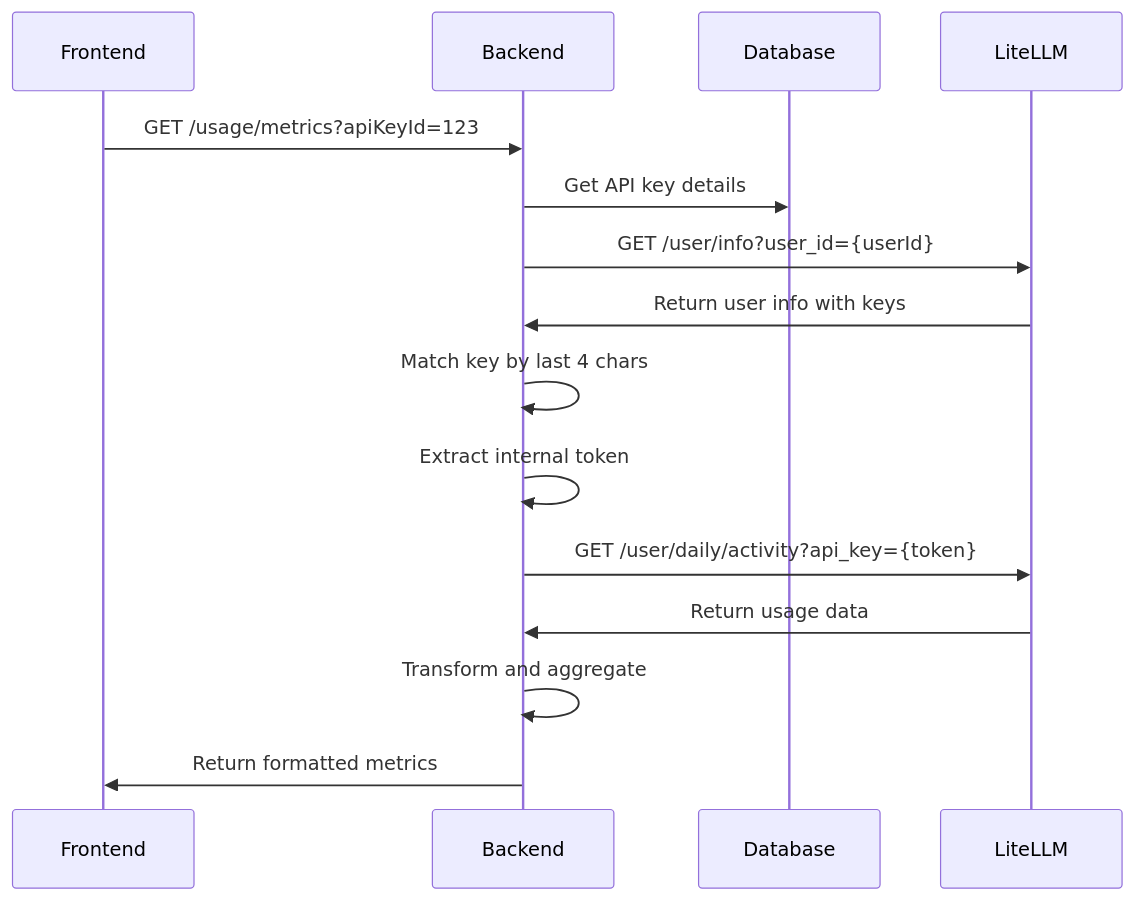
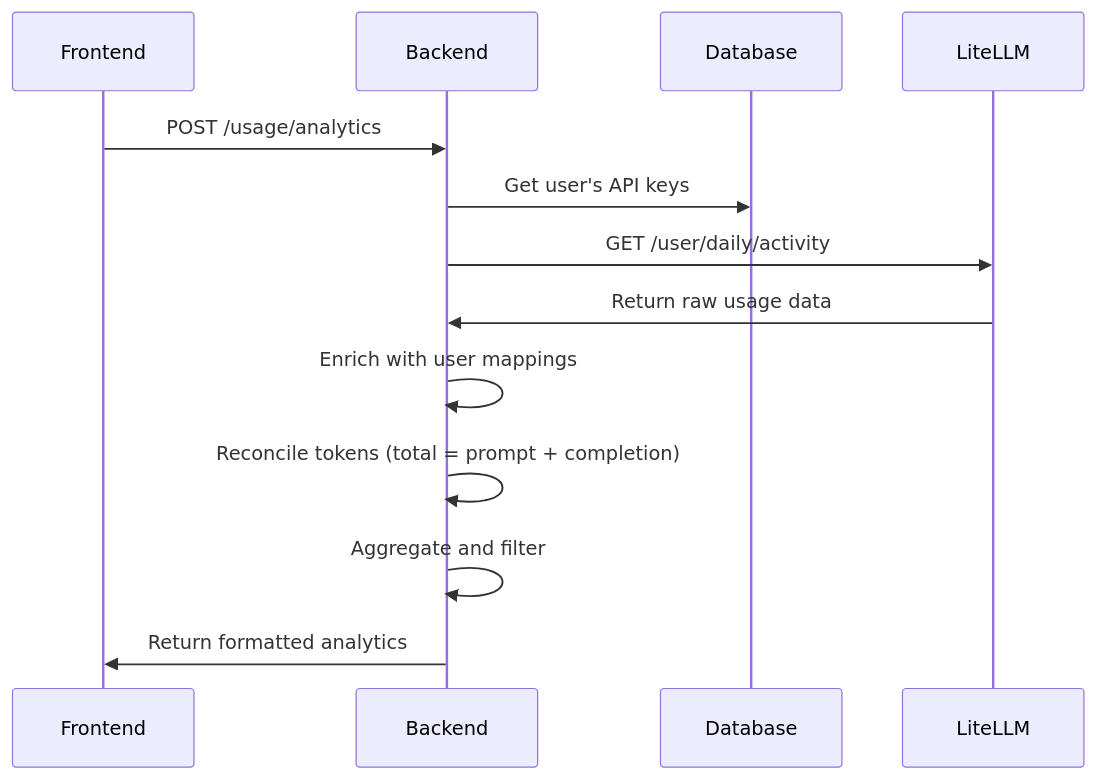
The diagram in docs/api/usage-api.md (rh-aiservices-bu/litemaas), drawn with Mermaid before and after one commit. The commit also changed other lines of this file and 17 other files, not shown here.

````diff
--- a/docs/api/usage-api.md
+++ b/docs/api/usage-api.md
@@ -464,18 +260,16 @@
 ```mermaid
 sequenceDiagram
     participant Frontend
     participant Backend
     participant Database
     participant LiteLLM
 
-    Frontend->>Backend: GET /usage/metrics?apiKeyId=123
-    Backend->>Database: Get API key details
-    Backend->>LiteLLM: GET /user/info?user_id={userId}
-    LiteLLM->>Backend: Return user info with keys
-    Backend->>Backend: Match key by last 4 chars
-    Backend->>Backend: Extract internal token
-    Backend->>LiteLLM: GET /user/daily/activity?api_key={token}
-    LiteLLM->>Backend: Return usage data
-    Backend->>Backend: Transform and aggregate
-    Backend->>Frontend: Return formatted metrics
+    Frontend->>Backend: POST /usage/analytics
+    Backend->>Database: Get user's API keys
+    Backend->>LiteLLM: GET /user/daily/activity
+    LiteLLM->>Backend: Return raw usage data
+    Backend->>Backend: Enrich with user mappings
+    Backend->>Backend: Reconcile tokens (total = prompt + completion)
+    Backend->>Backend: Aggregate and filter
+    Backend->>Frontend: Return formatted analytics
 ```
````
